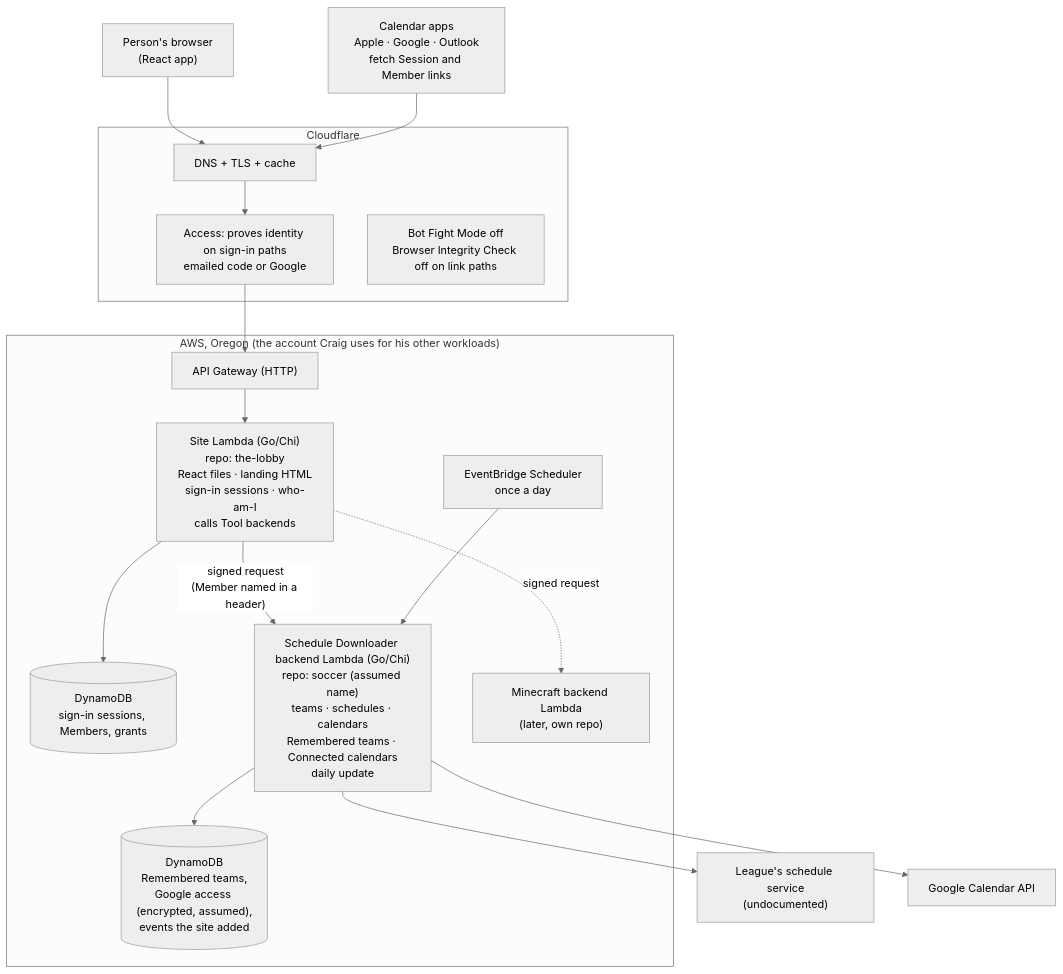
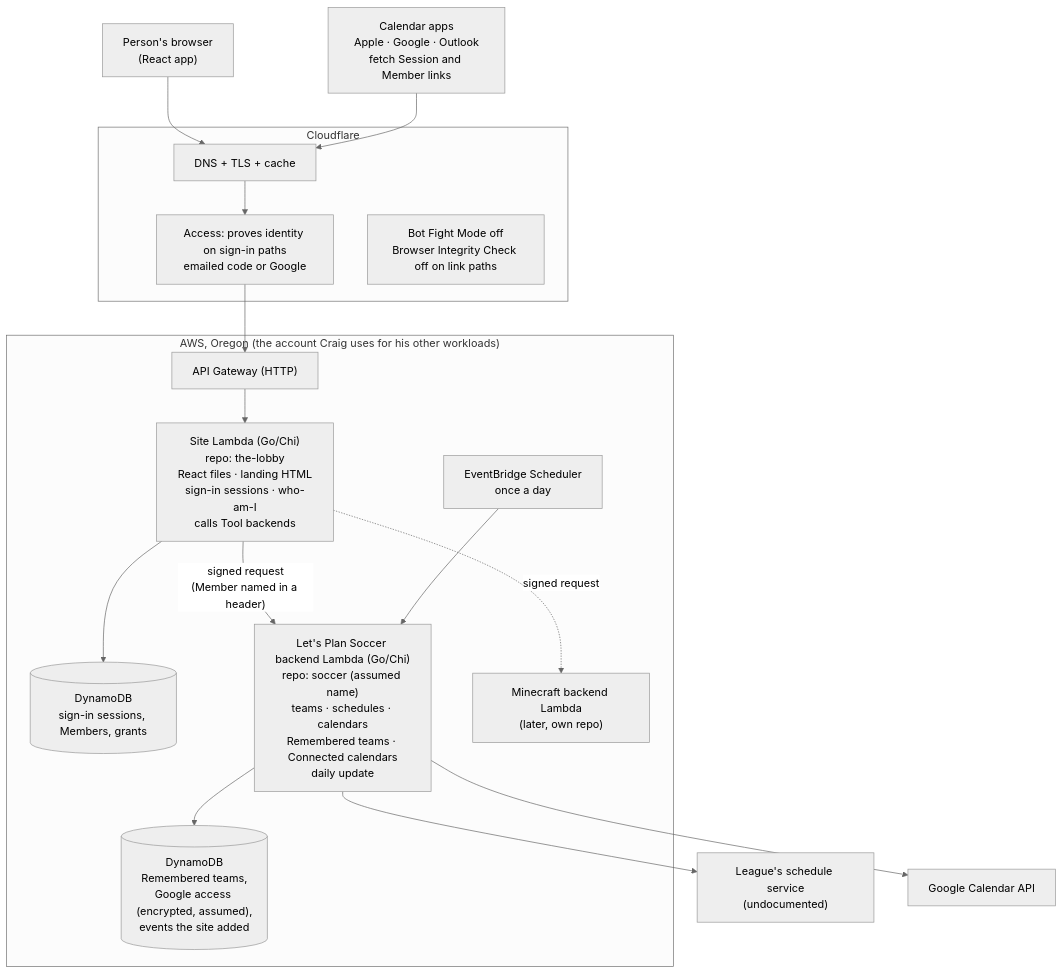
One commit to CraigDevJohnson/the-lobby changed the second of 3 diagrams in docs/infrastructure.md. Above: the diagram before and after it, drawn with Mermaid (neutral theme). The commit also changed other lines of this file and 33 other files, not shown here.

First line of the commit message:
Rename the Schedule Downloader to Let's Plan Soccer

````diff
--- a/docs/infrastructure.md
+++ b/docs/infrastructure.md
@@ -34,34 +34,34 @@
 ```mermaid
 flowchart TB
     person["Person's browser<br/>(React app)"]
     calapps["Calendar apps<br/>Apple · Google · Outlook<br/>fetch Session and Member links"]
 
     subgraph cf["Cloudflare"]
         dns["DNS + TLS + cache"]
         acc["Access: proves identity on sign-in paths<br/>emailed code or Google"]
         bots["Bot Fight Mode off<br/>Browser Integrity Check off on link paths"]
     end
 
     subgraph aws["AWS, Oregon (the account Craig uses for his other workloads)"]
         apigw["API Gateway (HTTP)"]
         site["Site Lambda (Go/Chi)<br/>repo: the-lobby<br/>React files · landing HTML<br/>sign-in sessions · who-am-I<br/>calls Tool backends"]
         siteDb[("DynamoDB<br/>sign-in sessions, Members, grants")]
-        soccer["Schedule Downloader backend Lambda (Go/Chi)<br/>repo: soccer (assumed name)<br/>teams · schedules · calendars<br/>Remembered teams · Connected calendars<br/>daily update"]
+        soccer["Let's Plan Soccer backend Lambda (Go/Chi)<br/>repo: soccer (assumed name)<br/>teams · schedules · calendars<br/>Remembered teams · Connected calendars<br/>daily update"]
         soccerDb[("DynamoDB<br/>Remembered teams,<br/>Google access (encrypted, assumed),<br/>events the site added")]
         sched["EventBridge Scheduler<br/>once a day"]
         mc["Minecraft backend Lambda<br/>(later, own repo)"]
     end
 
     lps["League's schedule service<br/>(undocumented)"]
     google["Google Calendar API"]
 
     person --> dns --> acc --> apigw --> site
     calapps --> dns
     site --> siteDb
     site -- "signed request<br/>(Member named in a header)" --> soccer
     site -. "signed request" .-> mc
     soccer --> soccerDb
     soccer --> lps
     soccer --> google
     sched --> soccer
 ```
````
